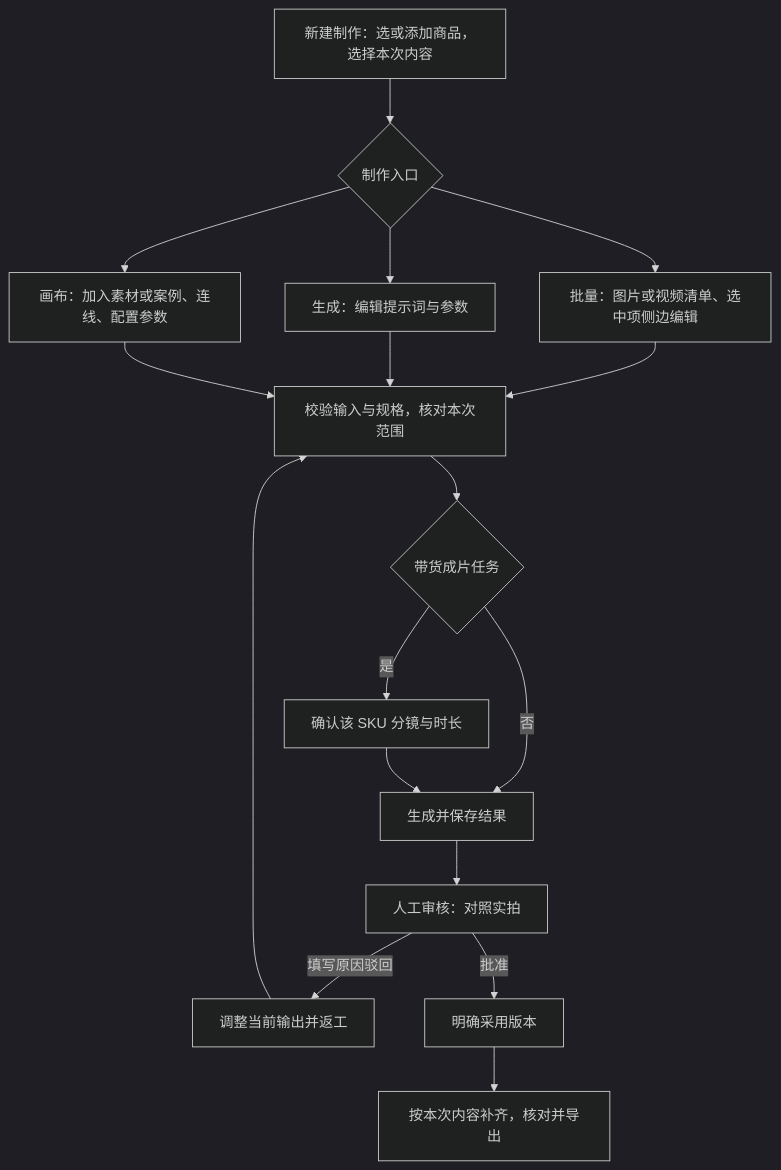
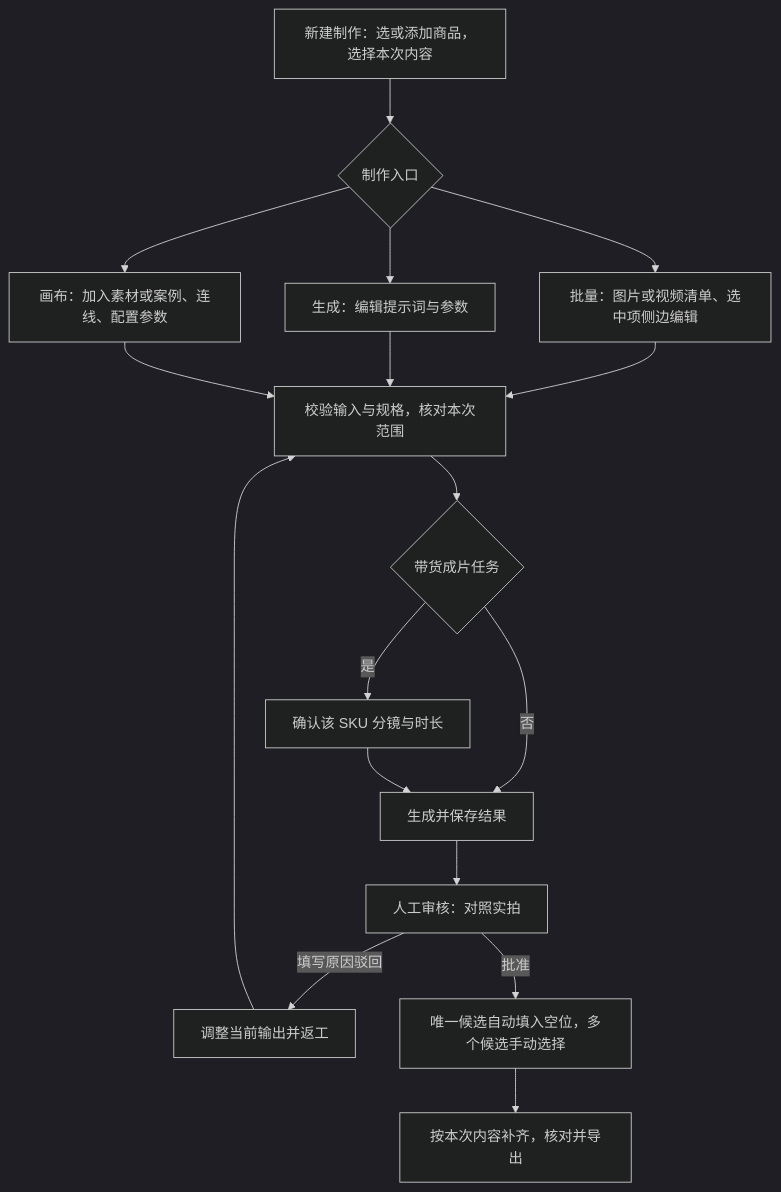
One commit to lulongfei915/ai-commerce-content-studio changed the diagram in docs/需求/01-产品需求文档-PRD.md. Above: the diagram before and after it, drawn with Mermaid (dark theme). The commit also changed other lines of this file and 37 other files, not shown here.

````diff
--- a/docs/需求/01-产品需求文档-PRD.md
+++ b/docs/需求/01-产品需求文档-PRD.md
@@ -82,19 +82,19 @@
 ```mermaid
 flowchart TD
     A[新建制作：选或添加商品，选择本次内容] --> B{制作入口}
     B --> C[生成：编辑提示词与参数]
     B --> L[批量：图片或视频清单、选中项侧边编辑]
     L --> E
     B --> D[画布：加入素材或案例、连线、配置参数]
     C --> E[校验输入与规格，核对本次范围]
     D --> E
     E --> V{带货成片任务}
     V -->|是| W[确认该 SKU 分镜与时长]
     V -->|否| G[生成并保存结果]
     W --> G
     G --> I[人工审核：对照实拍]
     I -->|填写原因驳回| R[调整当前输出并返工]
     R --> E
-    I -->|批准| J[明确采用版本]
+    I -->|批准| J[唯一候选自动填入空位，多个候选手动选择]
     J --> K[按本次内容补齐，核对并导出]
 ```
````
